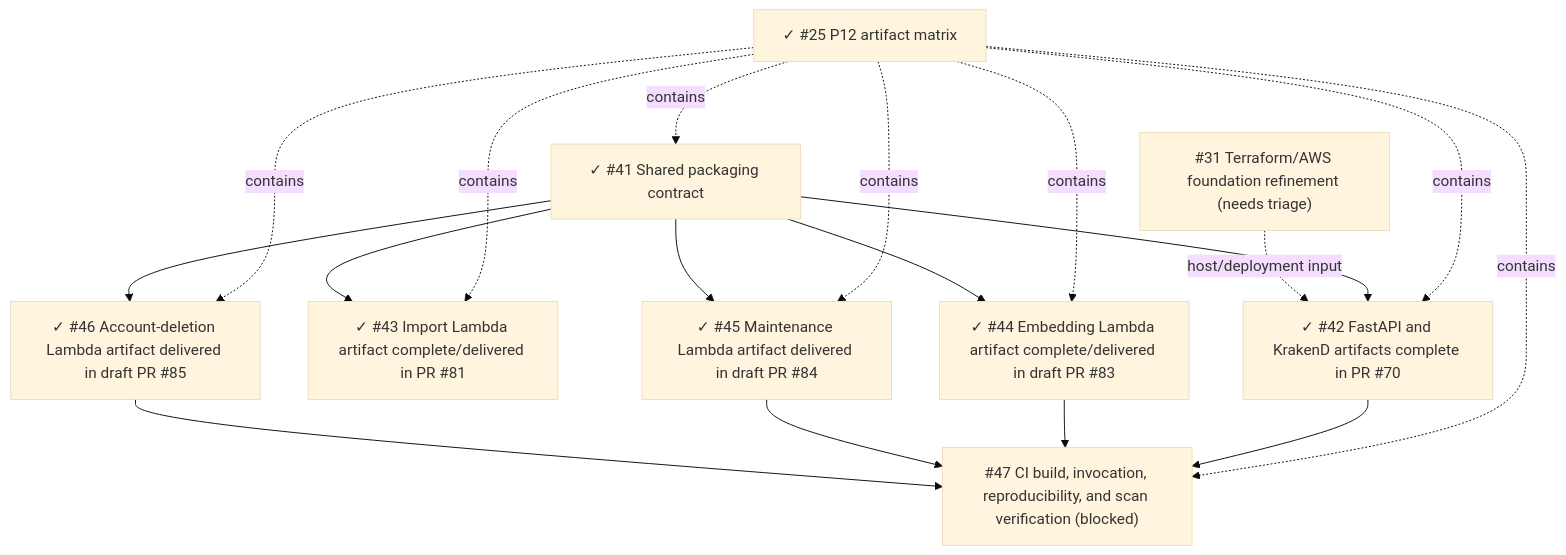
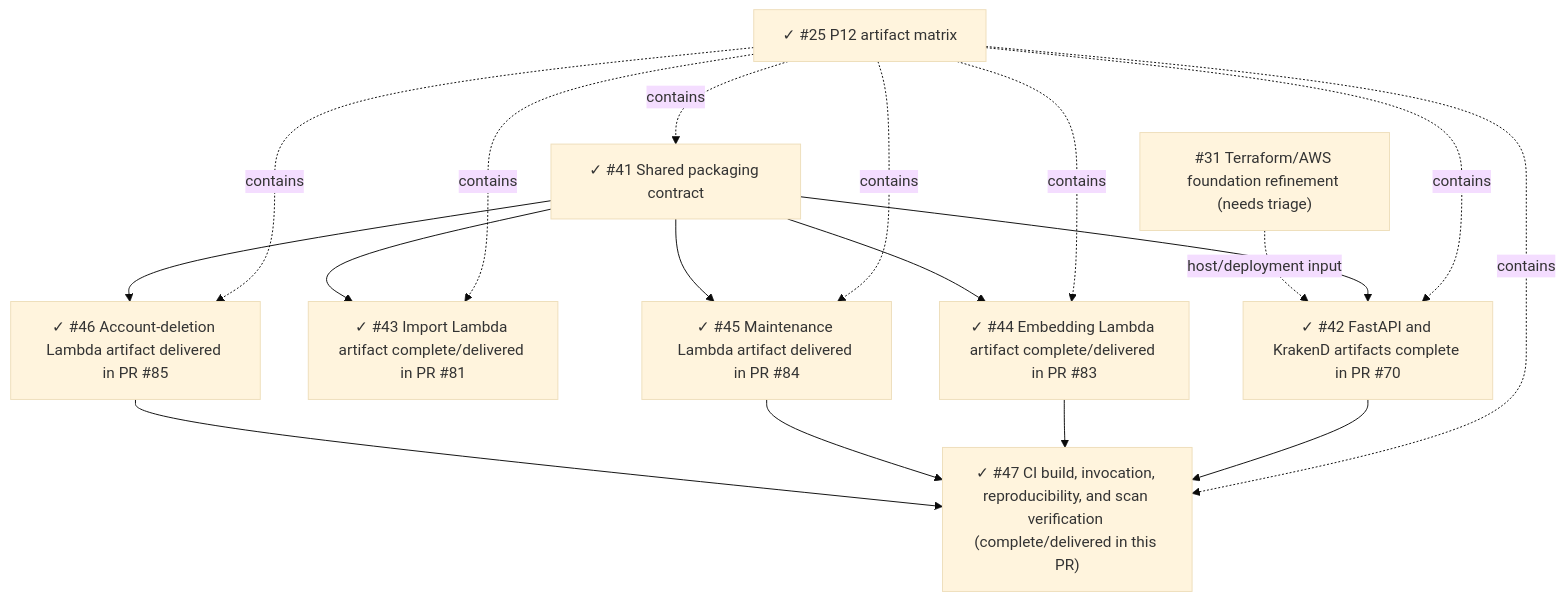
The diagram in docs/specs/2026-08-14-p12-production-artifact-matrix.md (starkovalera/recipe-manager), drawn with Mermaid (base theme) before and after one commit. The commit also changed other lines of this file and 16 other files, not shown here.

````diff
--- a/docs/specs/2026-08-14-p12-production-artifact-matrix.md
+++ b/docs/specs/2026-08-14-p12-production-artifact-matrix.md
@@ -256,33 +256,33 @@
 ```mermaid
 flowchart TD
   p25["✓ #25 P12 artifact matrix"]
   shared["✓ #41 Shared packaging contract"]
   api["✓ #42 FastAPI and KrakenD artifacts complete in PR #70"]
   import["✓ #43 Import Lambda artifact complete/delivered in PR #81"]
-  embedding["✓ #44 Embedding Lambda artifact complete/delivered in draft PR #83"]
-  maintenance["✓ #45 Maintenance Lambda artifact delivered in draft PR #84"]
-  deletion["✓ #46 Account-deletion Lambda artifact delivered in draft PR #85"]
-  ci["#47 CI build, invocation, reproducibility, and scan verification (blocked)"]
+  embedding["✓ #44 Embedding Lambda artifact complete/delivered in PR #83"]
+  maintenance["✓ #45 Maintenance Lambda artifact delivered in PR #84"]
+  deletion["✓ #46 Account-deletion Lambda artifact delivered in PR #85"]
+  ci["✓ #47 CI build, invocation, reproducibility, and scan verification (complete/delivered in this PR)"]
   infra["#31 Terraform/AWS foundation refinement (needs triage)"]
 
   p25 -. contains .-> shared
   p25 -. contains .-> api
   p25 -. contains .-> import
   p25 -. contains .-> embedding
   p25 -. contains .-> maintenance
   p25 -. contains .-> deletion
   p25 -. contains .-> ci
 
   shared --> api
   shared --> import
   shared --> embedding
   shared --> maintenance
   shared --> deletion
 
   api --> ci
   embedding --> ci
   maintenance --> ci
   deletion --> ci
 
   infra -. host/deployment input .-> api
 ```
````
